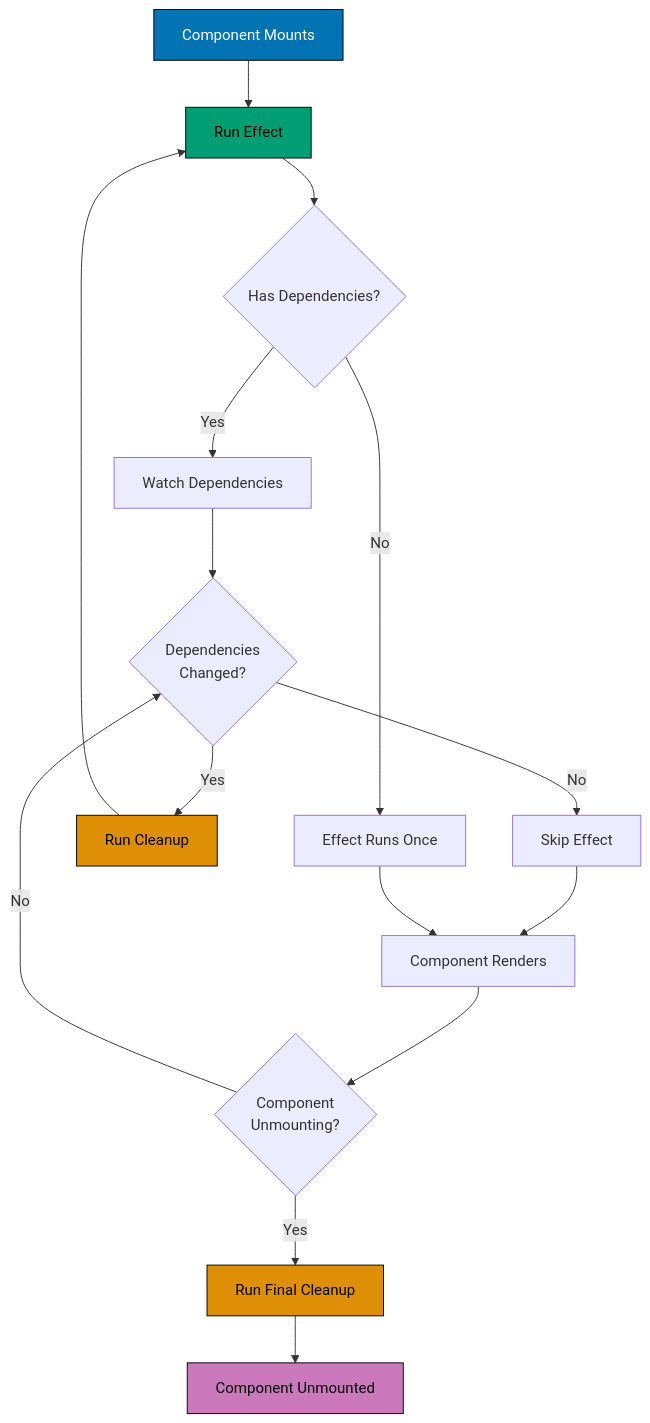
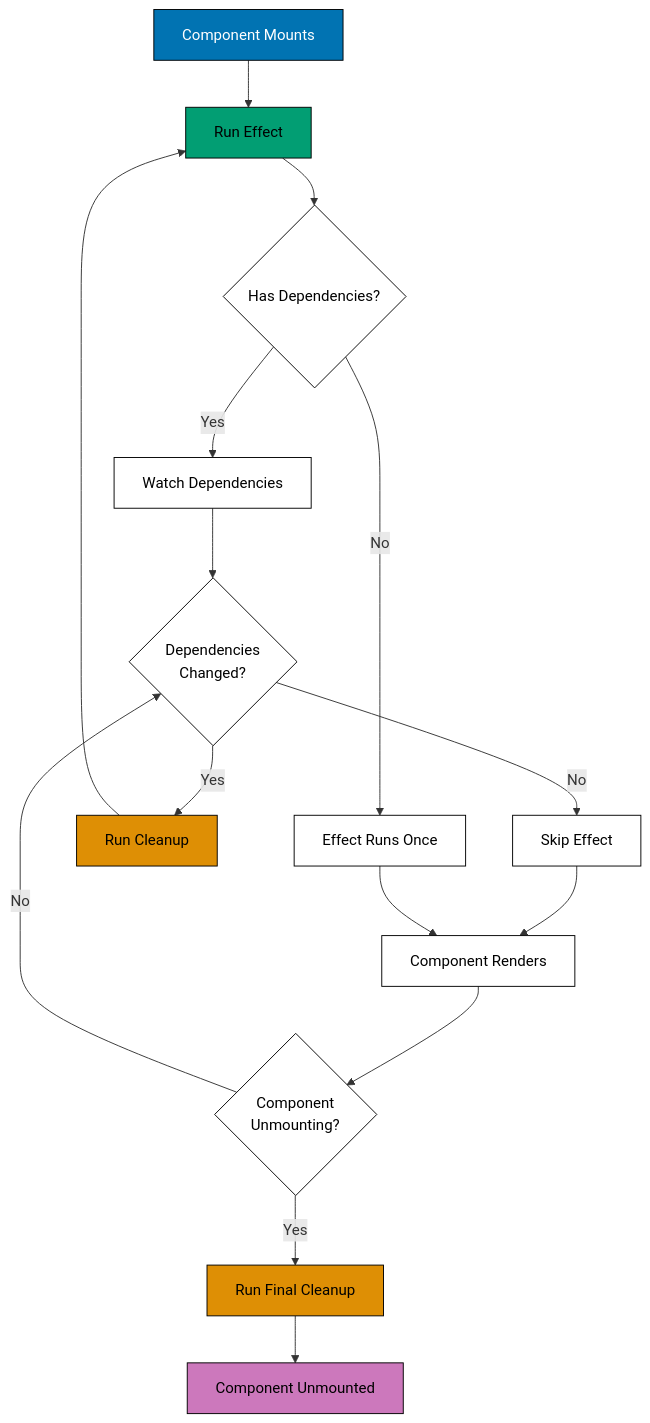
The diagram in docs/explanation/software-engineering/platform-web/tools/fe-react/hooks.md (wahidyankf/ose-public), drawn with Mermaid before and after one commit. The commit also changed 220 other files, not shown here.

First line of the commit message:
docs: split mermaid labels to 20 graphemes and add palette defaults

````diff
--- a/docs/explanation/software-engineering/platform-web/tools/fe-react/hooks.md
+++ b/docs/explanation/software-engineering/platform-web/tools/fe-react/hooks.md
@@ -229,31 +229,32 @@
 ```mermaid
 %% Color Palette: Blue #0173B2, Orange #DE8F05, Teal #029E73, Purple #CC78BC
 %% All colors are color-blind friendly and meet WCAG AA contrast standards
 
 graph TD
     accTitle: useEffect Lifecycle
     accDescr: Component Mounts leads to Run Effect; Run Effect leads to Has Dependencies?; Has Dependencies? leads to Watch Dependencies via Yes; Has Dependencies? leads to Effect Runs Once via No; and 10 more links.
     A[Component Mounts] --> B[Run Effect]
     B --> C{Has Dependencies?}
     C -->|Yes| D[Watch Dependencies]
     C -->|No| E[Effect Runs Once]
     D --> F{Dependencies<br/>Changed?}
     F -->|Yes| G[Run Cleanup]
     F -->|No| H[Skip Effect]
     G --> B
     H --> I[Component Renders]
     E --> I
     I --> J{Component<br/>Unmounting?}
     J -->|Yes| K[Run Final Cleanup]
     J -->|No| F
     K --> L[Component Unmounted]
 
     classDef blue fill:#0173B2,stroke:#000000,color:#FFFFFF
     classDef teal fill:#029E73,stroke:#000000,color:#000000
     classDef orange fill:#DE8F05,stroke:#000000,color:#000000
     classDef purple fill:#CC78BC,stroke:#000000,color:#000000
     class A blue
     class B teal
     class G,K orange
     class L purple
+    classDef default fill:#FFFFFF,stroke:#000000,color:#000000
 ```
````
